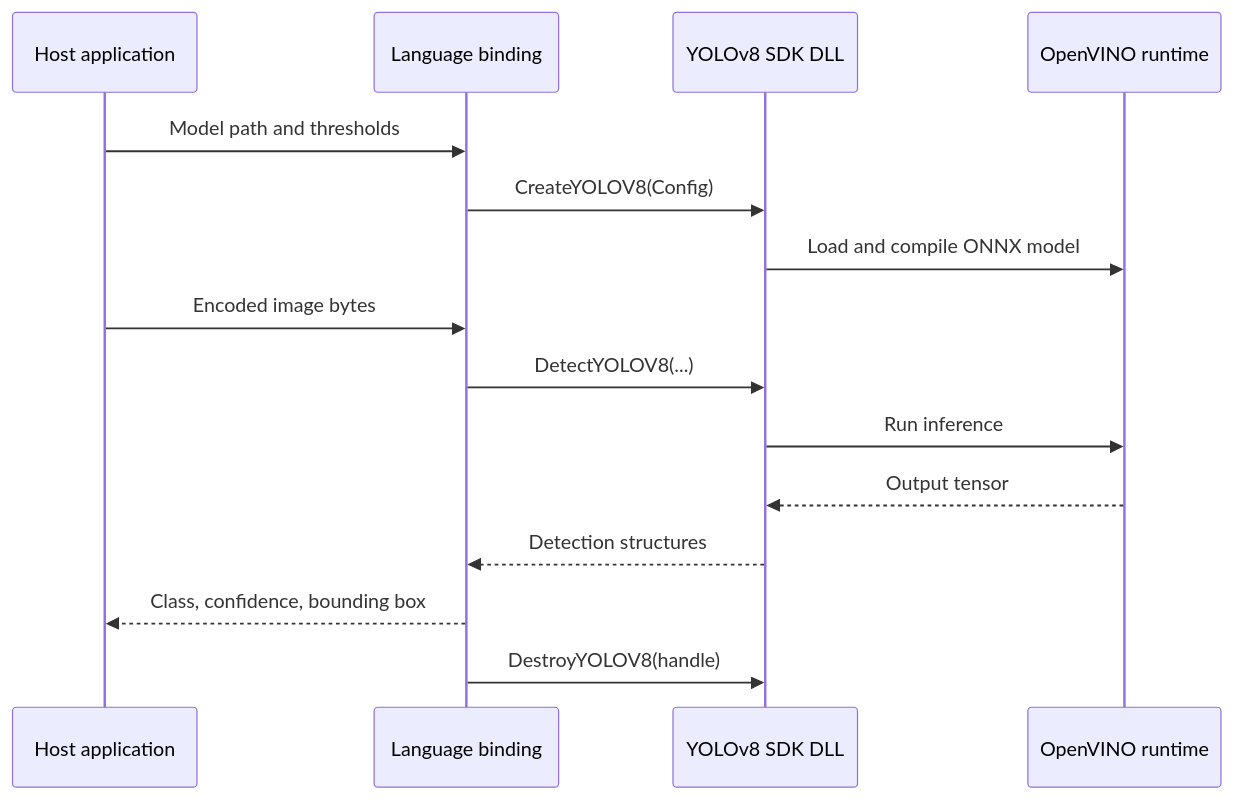
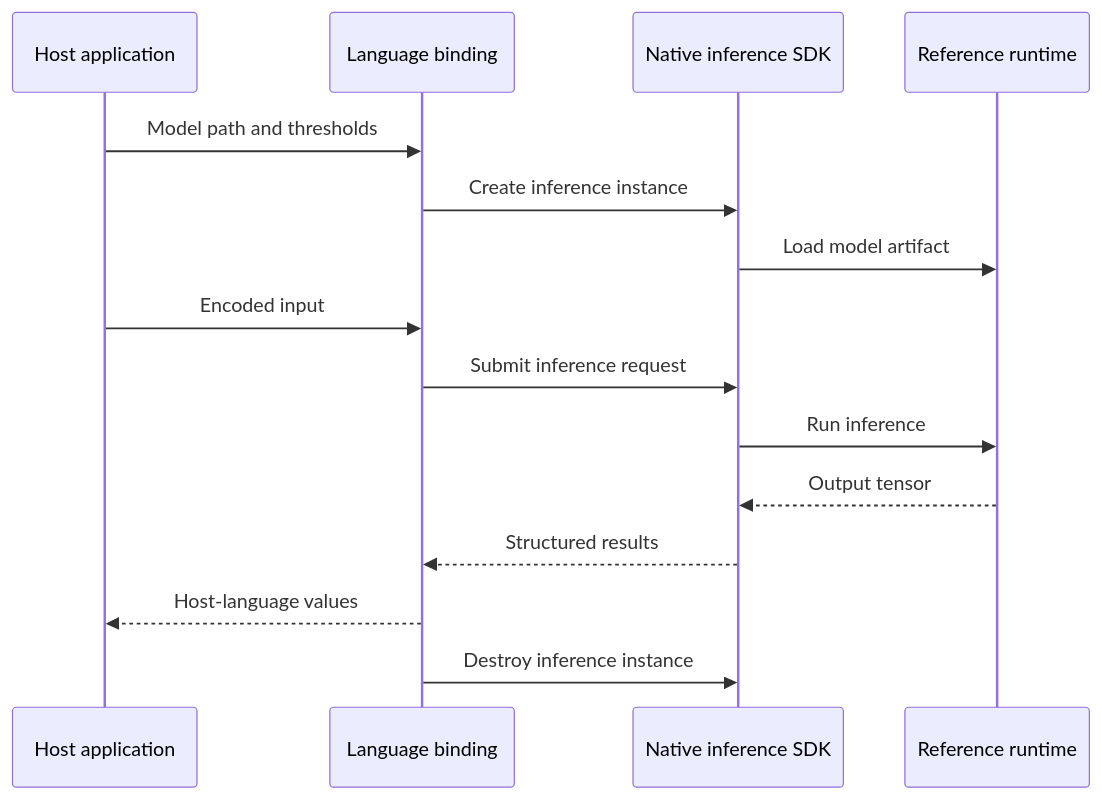
One commit to RocketWill/ByteWhisperer changed the diagram in README.md. Above: the diagram before and after it, drawn with Mermaid. The commit also changed other lines of this file and 1 other file, not shown here.

Commit message:
docs: generalize native inference positioning

````diff
--- a/README.md
+++ b/README.md
@@ -132,18 +132,18 @@
 ```mermaid
 sequenceDiagram
     participant App as Host application
     participant Binding as Language binding
-    participant SDK as YOLOv8 SDK DLL
-    participant Runtime as OpenVINO runtime
+    participant SDK as Native inference SDK
+    participant Runtime as Reference runtime
 
     App->>Binding: Model path and thresholds
-    Binding->>SDK: CreateYOLOV8(Config)
-    SDK->>Runtime: Load and compile ONNX model
-    App->>Binding: Encoded image bytes
-    Binding->>SDK: DetectYOLOV8(...)
+    Binding->>SDK: Create inference instance
+    SDK->>Runtime: Load model artifact
+    App->>Binding: Encoded input
+    Binding->>SDK: Submit inference request
     SDK->>Runtime: Run inference
     Runtime-->>SDK: Output tensor
-    SDK-->>Binding: Detection structures
-    Binding-->>App: Class, confidence, bounding box
-    Binding->>SDK: DestroyYOLOV8(handle)
+    SDK-->>Binding: Structured results
+    Binding-->>App: Host-language values
+    Binding->>SDK: Destroy inference instance
 ```
````
